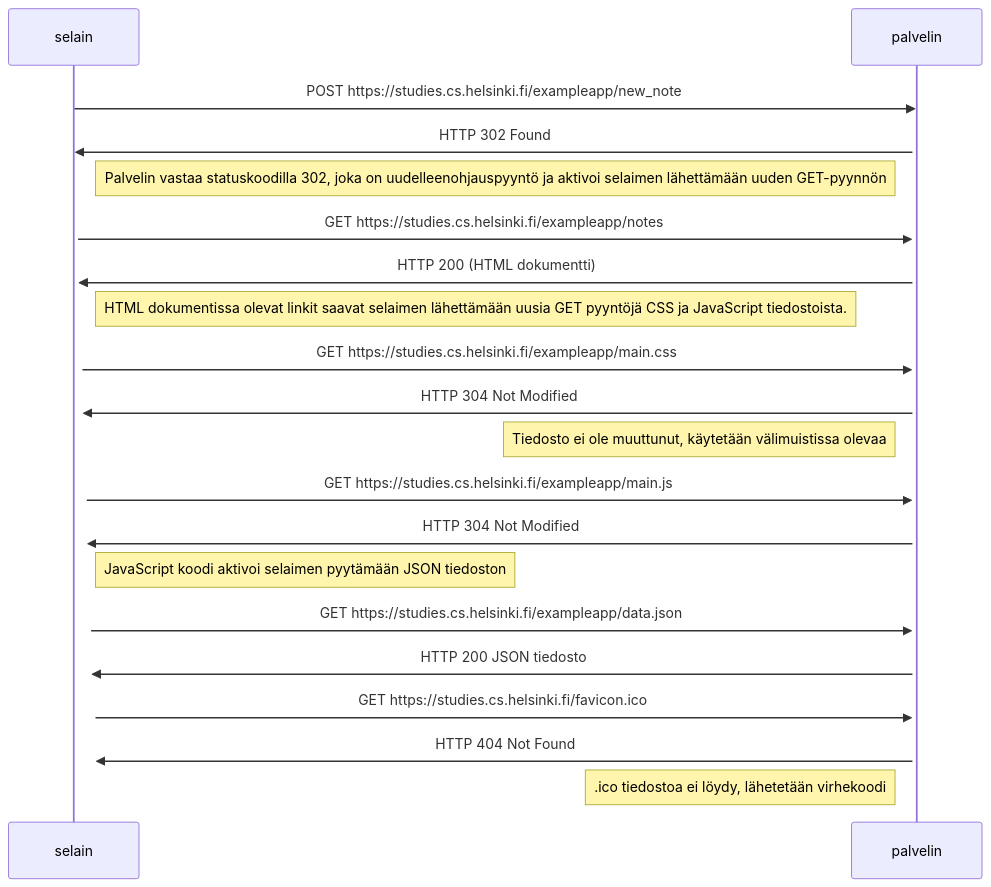
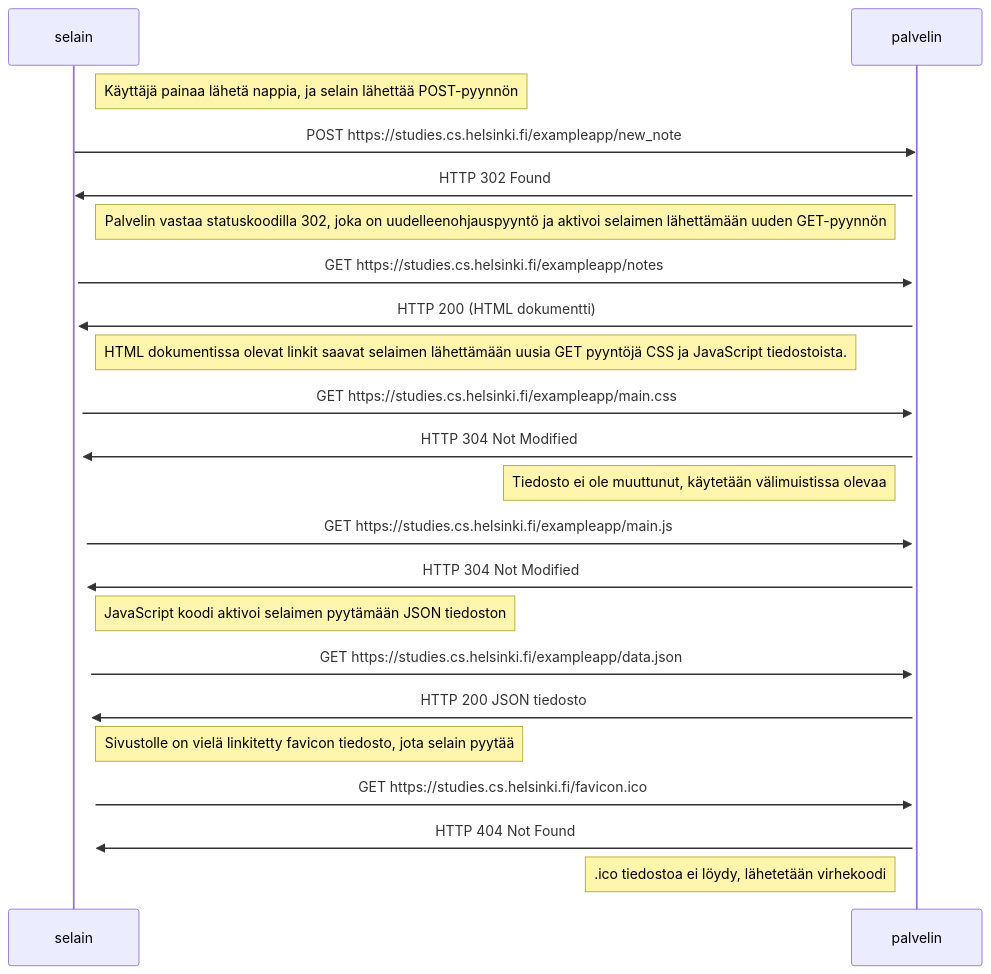
Before and after one commit to Heidi-Suurkaulio/fullstack-kurssi: the diagram in Osa0/teht04.md, drawn with Mermaid.

Commit message:
tehtava 0.4 hienosaatoa

````diff
--- a/Osa0/teht04.md
+++ b/Osa0/teht04.md
@@ -3,43 +3,48 @@
 ```mermaid
 sequenceDiagram
 participant selain
 participant palvelin
+
+Note right of selain: Käyttäjä painaa lähetä nappia, ja selain lähettää POST-pyynnön
 
 selain->>palvelin: POST https://studies.cs.helsinki.fi/exampleapp/new_note 
 activate palvelin
 palvelin->>selain: HTTP 302 Found
 
 Note left of palvelin: Palvelin vastaa statuskoodilla 302, joka on uudelleenohjauspyyntö ja aktivoi selaimen lähettämään uuden GET-pyynnön
 
 activate selain
 selain->>palvelin: GET https://studies.cs.helsinki.fi/exampleapp/notes 
 activate palvelin
 palvelin->>selain: HTTP 200 (HTML dokumentti)
 activate selain
 
 Note right of selain: HTML dokumentissa olevat linkit saavat selaimen lähettämään uusia GET pyyntöjä CSS ja JavaScript tiedostoista.
 
 selain->>palvelin: GET https://studies.cs.helsinki.fi/exampleapp/main.css 
 activate palvelin
 palvelin->>selain: HTTP 304 Not Modified
 
 Note left of palvelin: Tiedosto ei ole muuttunut, käytetään välimuistissa olevaa
 
 activate selain
 selain->>palvelin: GET https://studies.cs.helsinki.fi/exampleapp/main.js 
 activate palvelin
 palvelin->>selain: HTTP 304 Not Modified
 activate selain
 
 Note right of selain: JavaScript koodi aktivoi selaimen pyytämään JSON tiedoston
 
 selain->>palvelin: GET https://studies.cs.helsinki.fi/exampleapp/data.json
 activate palvelin
 palvelin->>selain: HTTP 200 JSON tiedosto
 activate selain
+
+Note right of selain: Sivustolle on vielä linkitetty favicon tiedosto, jota selain pyytää
+
 selain->>palvelin: GET https://studies.cs.helsinki.fi/favicon.ico
 activate palvelin
 palvelin->>selain: HTTP 404 Not Found
 
 Note left of palvelin: .ico tiedostoa ei löydy, lähetetään virhekoodi
 ```
````
